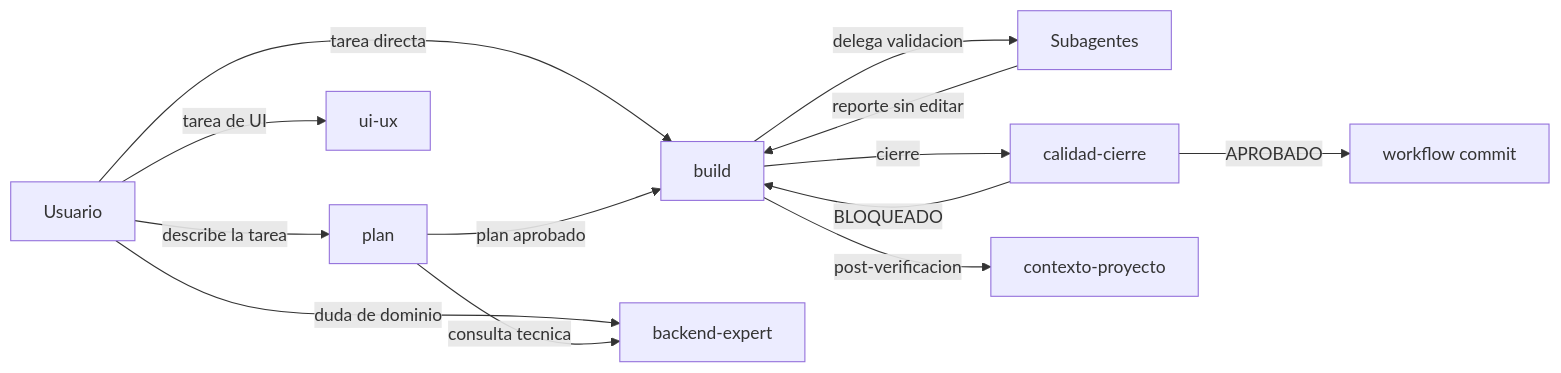
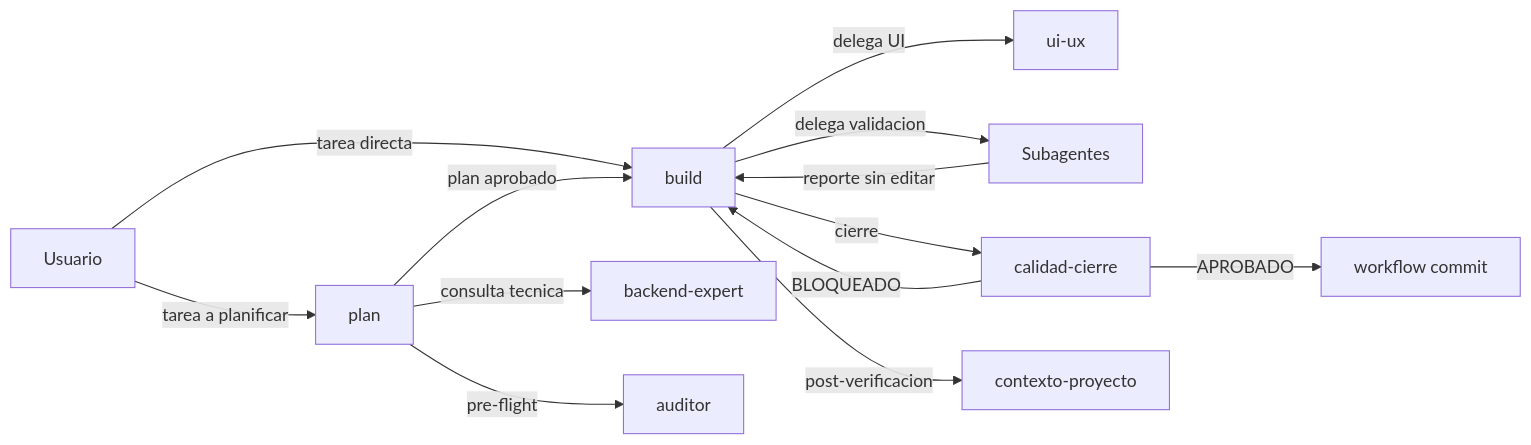
The first of 7 diagrams in .opencode/Logs/pipeline-ejecucion-tareas.md (darman-prog/HarnessConfig), drawn with Mermaid before and after one commit. The commit also changed other lines of this file and 2 other files, not shown here.

````diff
--- a/.opencode/Logs/pipeline-ejecucion-tareas.md
+++ b/.opencode/Logs/pipeline-ejecucion-tareas.md
@@ -13,18 +13,18 @@
 ```mermaid
 flowchart LR
-    U["Usuario"] --> |"describe la tarea"| P["plan"]
-    U --> |"tarea directa"| B["build"]
-    U --> |"tarea de UI"| UX["ui-ux"]
-    U --> |"duda de dominio"| BE["backend-expert"]
+    U["Usuario"] --> |"tarea directa"| B["build"]
+    U --> |"tarea a planificar"| P["plan"]
+    P --> |"consulta tecnica"| BE["backend-expert"]
+    P --> |"pre-flight"| AU["auditor"]
     P --> |"plan aprobado"| B
-    P --> |"consulta tecnica"| BE
+    B --> |"delega UI"| UX["ui-ux"]
     B --> |"delega validacion"| SG["Subagentes"]
     B --> |"cierre"| G["calidad-cierre"]
     B --> |"post-verificacion"| CP["contexto-proyecto"]
     SG --> |"reporte sin editar"| B
     G --> |"APROBADO"| W["workflow commit"]
     G --> |"BLOQUEADO"| B
     click B href "#sec-9" "Ir a permisos por agente"
     click G href "#sec-8" "Ir al cierre"
     click W href "#sec-7" "Ir al loop de commit"
 ```
````
